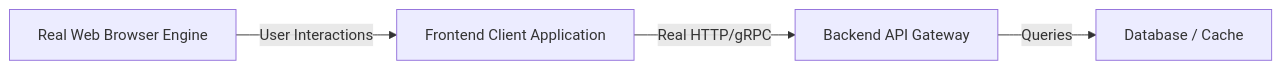
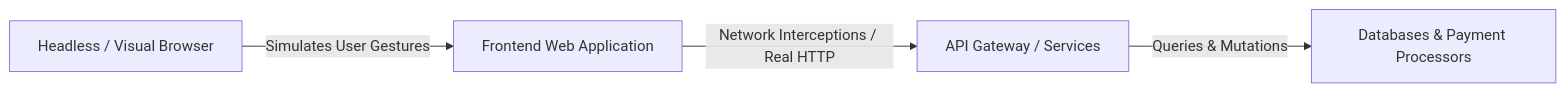
The first of 2 diagrams in Testing/E2E_Testing.md (kumaratul60/System-Design), drawn with Mermaid before and after one commit. The commit also changed other lines of this file and 3 other files, not shown here.

First line of the commit message:
feat: add Scheduled Browser Automation & Amazon SES Reporting Engine documentation

````diff
--- a/Testing/E2E_Testing.md
+++ b/Testing/E2E_Testing.md
@@ -30,6 +47,6 @@
 ```mermaid
 flowchart LR
-    A[Real Web Browser Engine] -->|User Interactions| B[Frontend Client Application]
-    B -->|Real HTTP/gRPC| C[Backend API Gateway]
-    C -->|Queries| D[Database / Cache]
+    A[Headless / Visual Browser] -->|Simulates User Gestures| B[Frontend Web Application]
+    B -->|Network Interceptions / Real HTTP| C[API Gateway / Services]
+    C -->|Queries & Mutations| D[Databases & Payment Processors]
 ```
````
